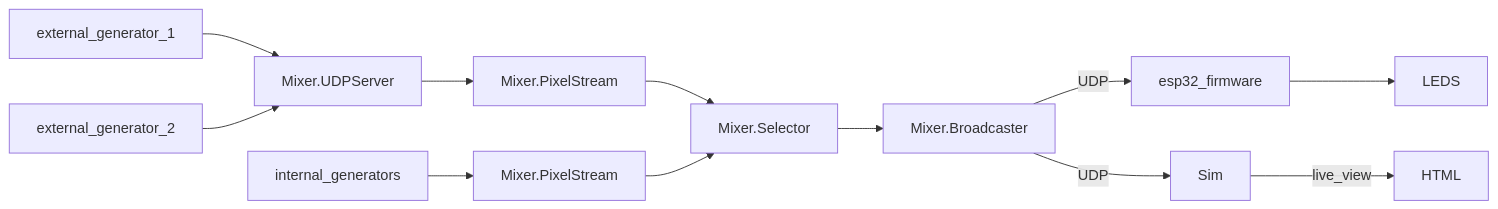
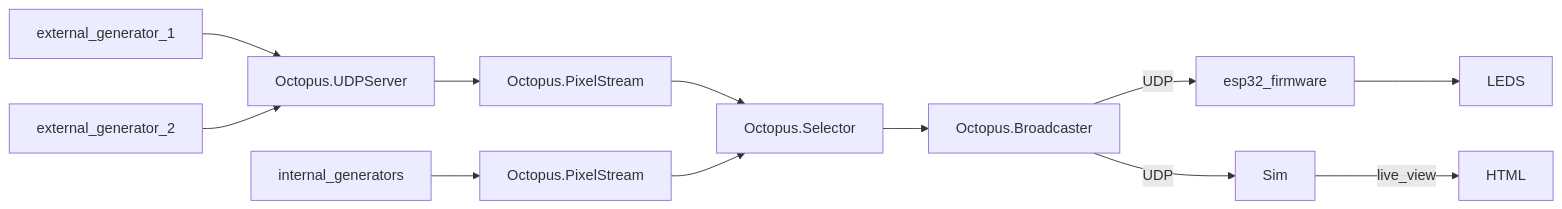
Before and after one commit to blinkenlights/polychrome: the diagram in README.md, drawn with Mermaid. The commit also changed 17 other files, not shown here.

Commit message:
rename mixer to octopus

````diff
--- a/README.md
+++ b/README.md
@@ -6,18 +6,18 @@
 ```mermaid
 graph LR
   external_generator_1 --> server
   external_generator_2 --> server
-  server[Mixer.UDPServer] --> stream_1
-  stream_1[Mixer.PixelStream] -->  mixer 
+  server[Octopus.UDPServer] --> stream_1
+  stream_1[Octopus.PixelStream] -->  octopus 
   
   internal_generators --> stream_2
-  stream_2[Mixer.PixelStream] --> mixer 
+  stream_2[Octopus.PixelStream] --> octopus 
 
-  mixer[Mixer.Selector]-->broadcast
+  octopus[Octopus.Selector]-->broadcast
 
   broadcast-->|UDP|esp32_firmware
   esp32_firmware-->LEDS
 
-  broadcast[Mixer.Broadcaster] --> |UDP| sim
+  broadcast[Octopus.Broadcaster] --> |UDP| sim
   sim[Sim]-->|live_view| live[HTML]
 ```
````
